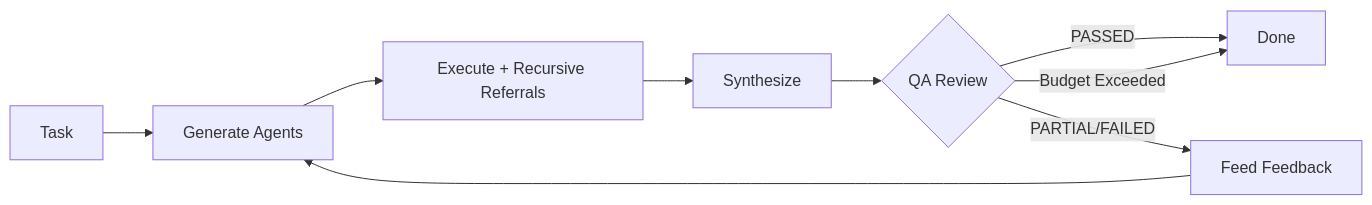
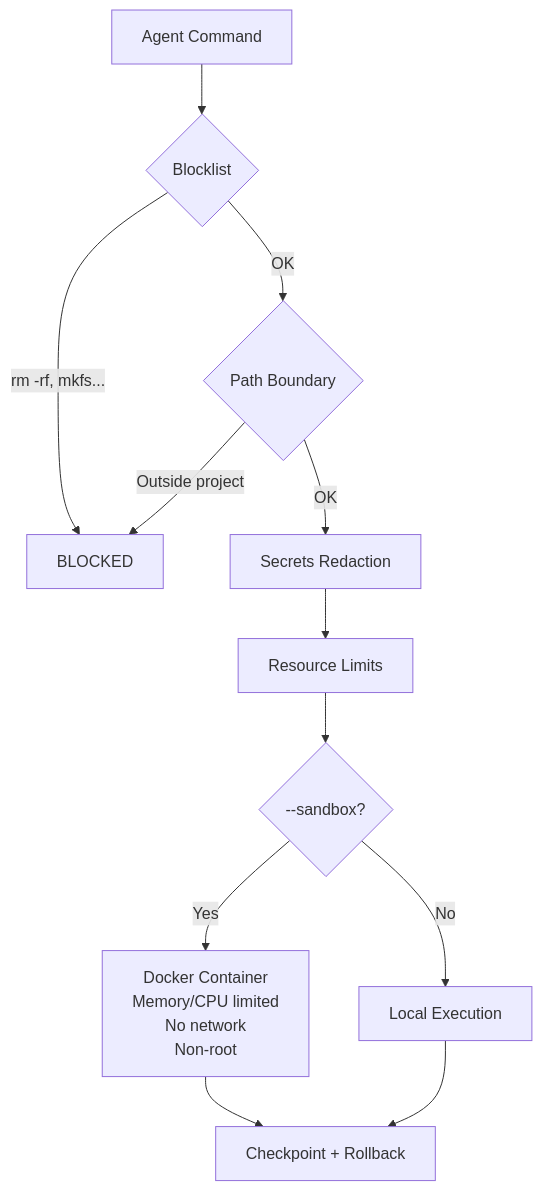
Before and after one commit to thatcooperguy/nvHive: the third of 10 diagrams in README.md, drawn with Mermaid. The commit also changed other lines of this file, not shown here.

First line of the commit message:
docs: overhaul README with 5 new architecture diagrams, reorder for UX

````diff
--- a/README.md
+++ b/README.md
@@ -130,11 +222,14 @@
 ```mermaid
-flowchart LR
-    A[Task] --> B[Generate Agents]
-    B --> C[Execute + Recursive Referrals]
-    C --> D[Synthesize]
-    D --> E{QA Review}
-    E -->|PASSED| F[Done]
-    E -->|PARTIAL/FAILED| G[Feed Feedback]
-    G --> B
-    E -->|Budget Exceeded| F
+flowchart TB
+    CMD[Agent Command] --> B1{Blocklist}
+    B1 -->|"rm -rf, mkfs..."| BLOCK[BLOCKED]
+    B1 -->|OK| B2{Path Boundary}
+    B2 -->|Outside project| BLOCK
+    B2 -->|OK| B3[Secrets Redaction]
+    B3 --> B4[Resource Limits]
+    B4 --> SB{--sandbox?}
+    SB -->|Yes| DOC[Docker Container\nMemory/CPU limited\nNo network\nNon-root]
+    SB -->|No| LOC[Local Execution]
+    DOC --> CP[Checkpoint + Rollback]
+    LOC --> CP
 ```
````
